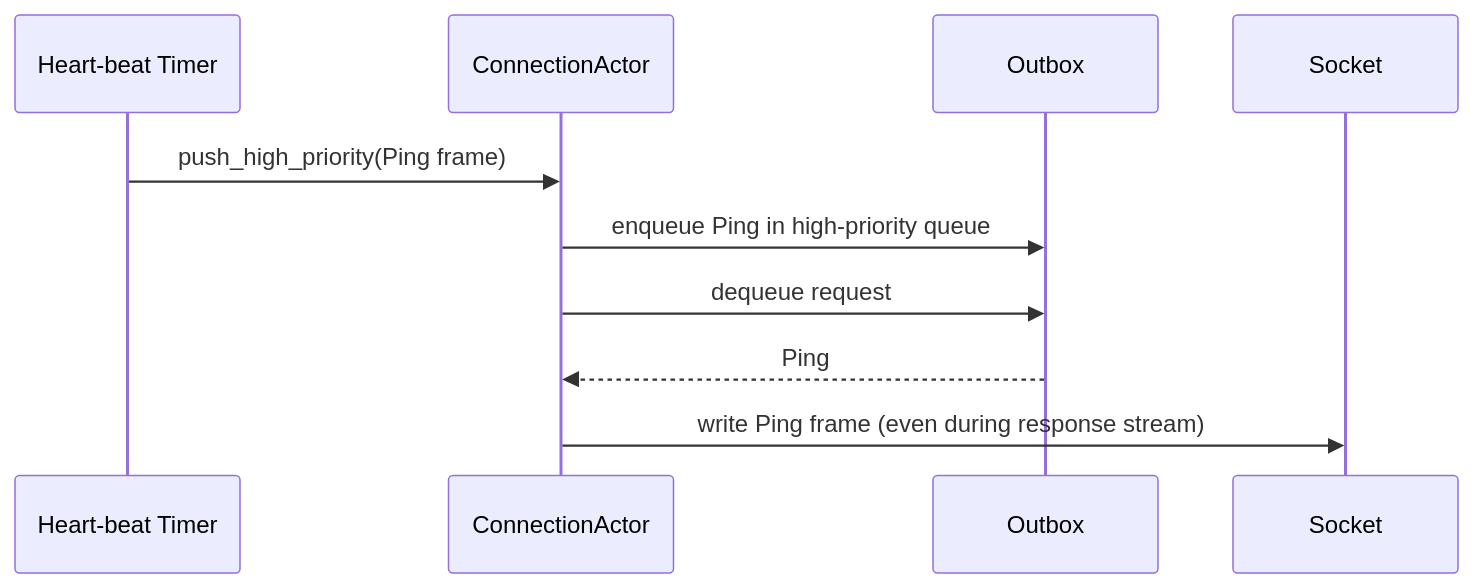
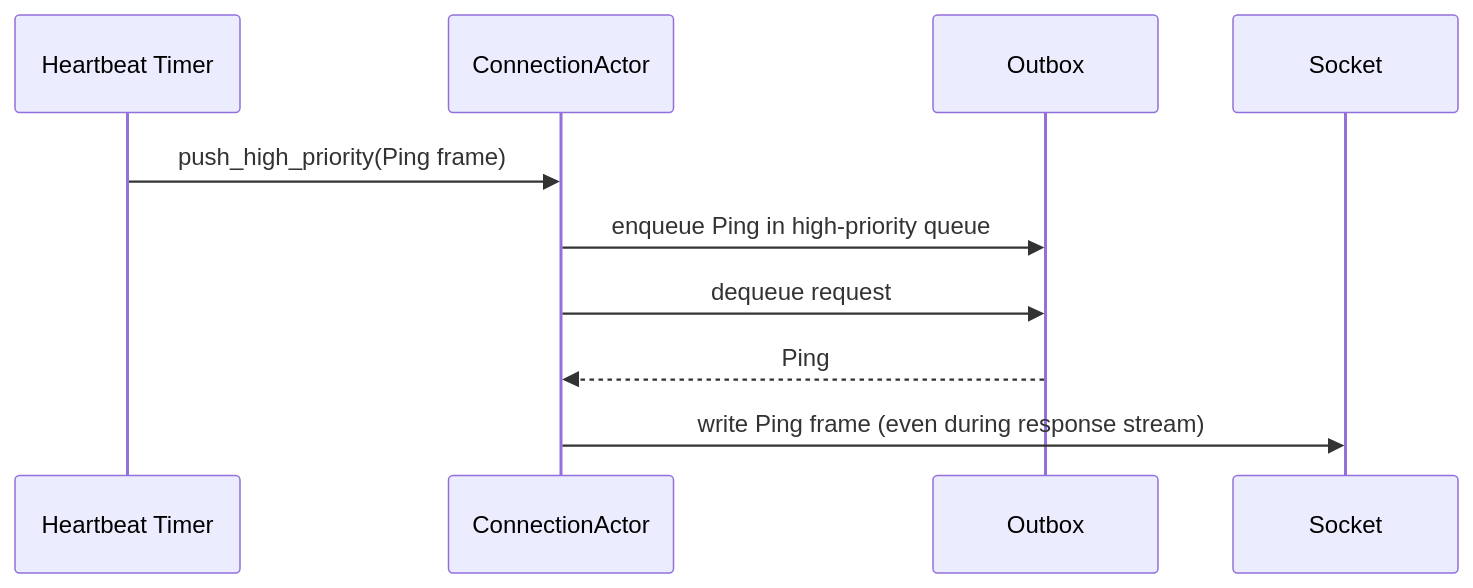
Diagram 14 of 15 in docs/asynchronous-outbound-messaging-design.md (leynos/wireframe), drawn with Mermaid before and after one commit. The commit also changed other lines of this file, not shown here.

Commit message:
Clarify diagrams and mark pseudocode

````diff
--- a/docs/asynchronous-outbound-messaging-design.md
+++ b/docs/asynchronous-outbound-messaging-design.md
@@ -803,12 +819,12 @@
 ```mermaid
 sequenceDiagram
-    participant Timer as Heart-beat Timer
+    participant Timer as Heartbeat Timer
     participant ConnectionActor
     participant Outbox
     participant Socket
     Timer->>ConnectionActor: push_high_priority(Ping frame)
     ConnectionActor->>Outbox: enqueue Ping in high-priority queue
     ConnectionActor->>Outbox: dequeue request
     Outbox-->>ConnectionActor: Ping
     ConnectionActor->>Socket: write Ping frame (even during response stream)
 ```
````
